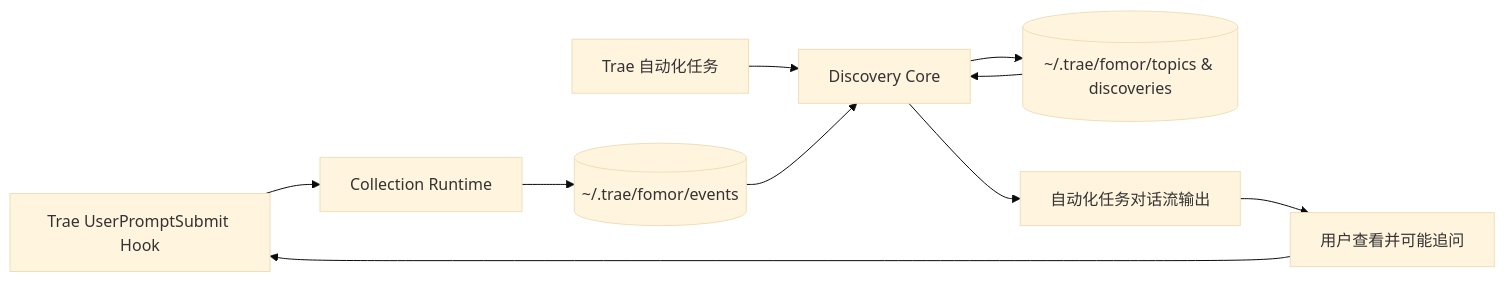
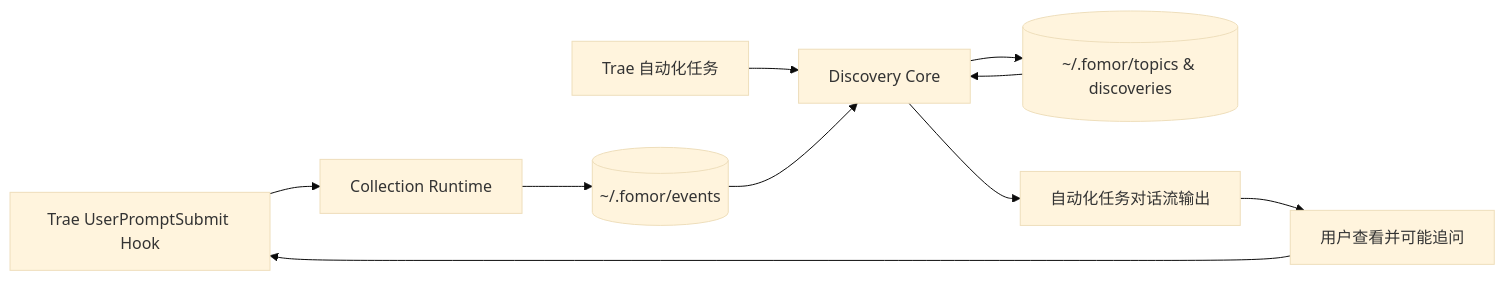
Before and after one commit to LYJ132/Fomor: the third of 3 diagrams in docs/PRD.md, drawn with Mermaid (base theme). The commit also changed other lines of this file and 3 other files, not shown here.

````diff
--- a/docs/PRD.md
+++ b/docs/PRD.md
@@ -938,12 +939,12 @@
 ```mermaid
 flowchart LR
     A[Trae UserPromptSubmit Hook] --> B[Collection Runtime]
-    B --> C[(~/.trae/fomor/events)]
+    B --> C[(~/.fomor/events)]
     D[Trae 自动化任务] --> E[Discovery Core]
     C --> E
-    F[(~/.trae/fomor/topics & discoveries)] --> E
+    F[(~/.fomor/topics & discoveries)] --> E
     E --> F
     E --> G[自动化任务对话流输出]
     G --> H[用户查看并可能追问]
     H --> A
 ```
````
